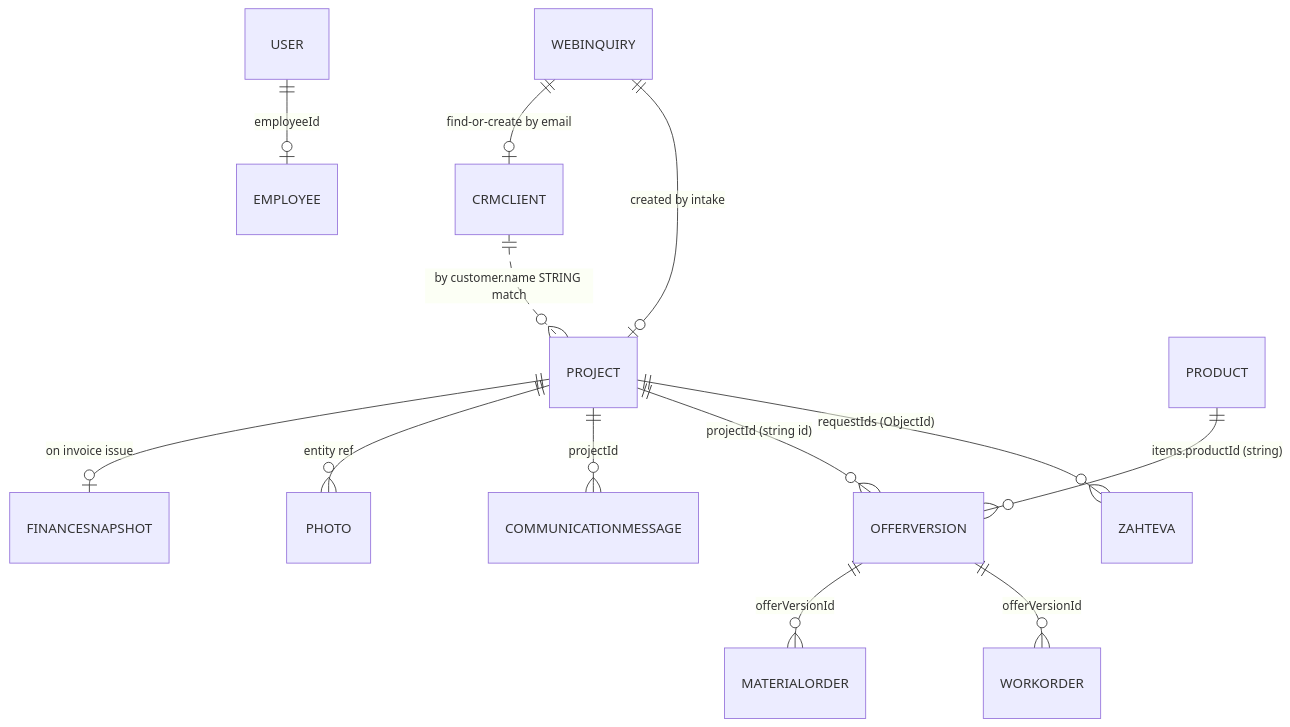
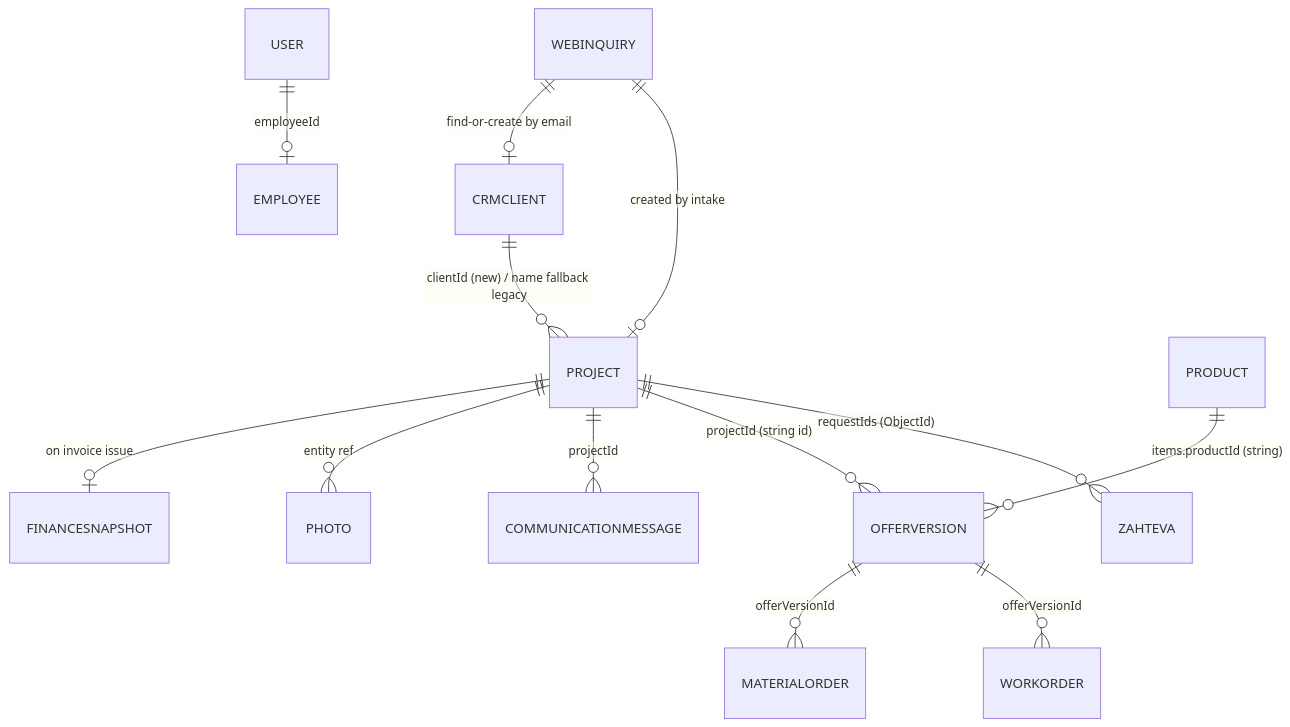
Before and after one commit to zorkojaka/AIntel: the diagram in docs/aintel-audit/DATA_MODEL.md, drawn with Mermaid. The commit also changed other lines of this file and 21 other files, not shown here.

````diff
--- a/docs/aintel-audit/DATA_MODEL.md
+++ b/docs/aintel-audit/DATA_MODEL.md
@@ -44,15 +44,15 @@
 ```mermaid
 erDiagram
-  CRMCLIENT ||..o{ PROJECT : "by customer.name STRING match"
+  CRMCLIENT ||--o{ PROJECT : "clientId (new) / name fallback legacy"
   PROJECT ||--o{ ZAHTEVA : "requestIds (ObjectId)"
   PROJECT ||--o{ OFFERVERSION : "projectId (string id)"
   OFFERVERSION ||--o{ WORKORDER : "offerVersionId"
   OFFERVERSION ||--o{ MATERIALORDER : "offerVersionId"
   PROJECT ||--o{ COMMUNICATIONMESSAGE : "projectId"
   PROJECT ||--o{ PHOTO : "entity ref"
   PROJECT ||--o| FINANCESNAPSHOT : "on invoice issue"
   WEBINQUIRY ||--o| PROJECT : "created by intake"
   WEBINQUIRY ||--o| CRMCLIENT : "find-or-create by email"
   USER ||--o| EMPLOYEE : "employeeId"
   PRODUCT ||--o{ OFFERVERSION : "items.productId (string)"
 ```
````
